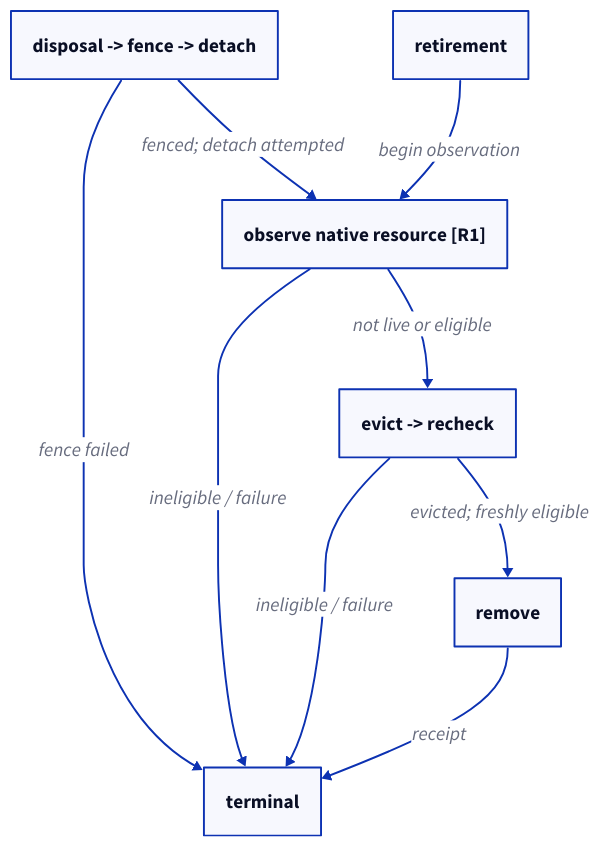
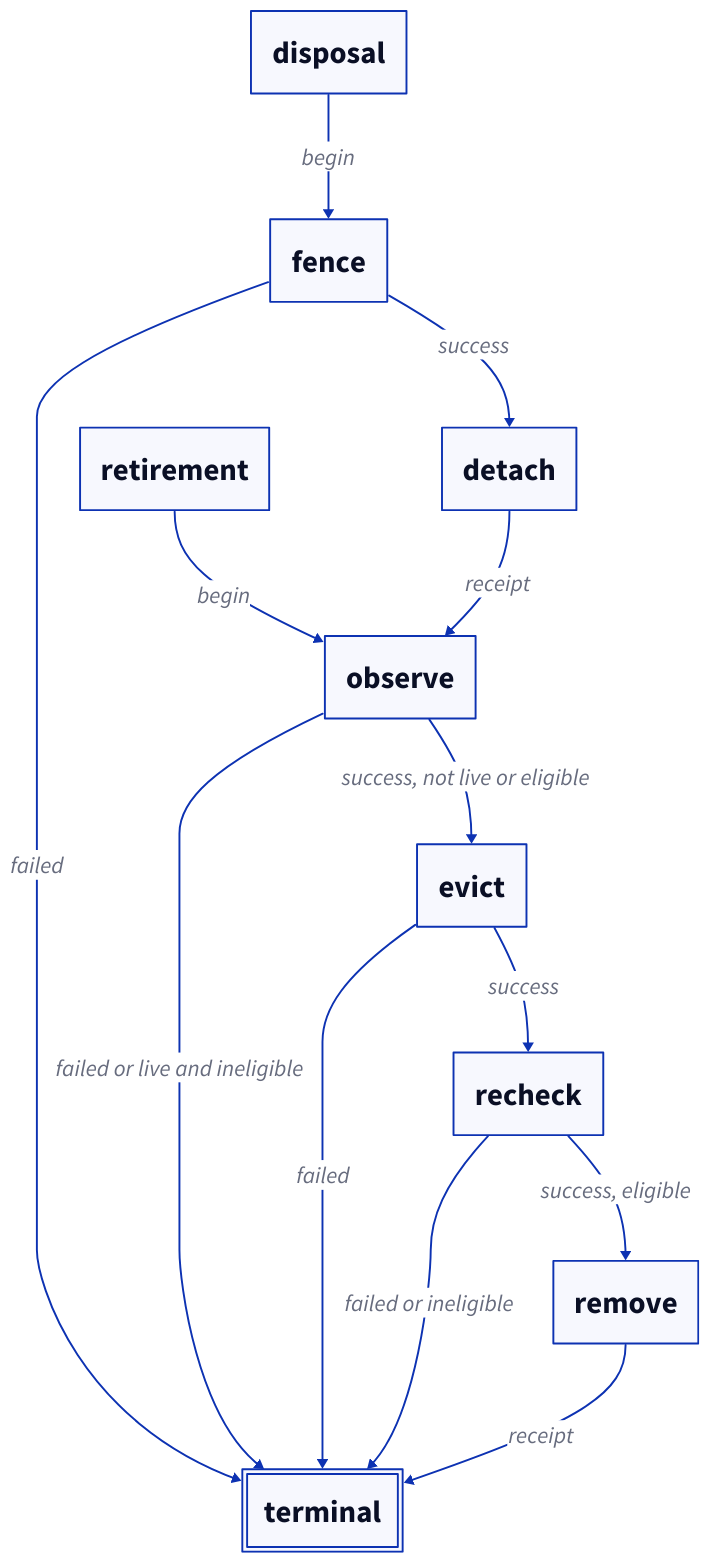
One commit to rei277hz/chromaticity changed the diagram in products/perceptual-grade-book/docs/book/diagrams/06-resources.d2. Above: the diagram before and after it, drawn with D2. The commit also changed 266 other files, not shown here.

```diff
--- a/products/perceptual-grade-book/docs/book/diagrams/06-resources.d2
+++ b/products/perceptual-grade-book/docs/book/diagrams/06-resources.d2
@@ -1,18 +1,29 @@
 direction: down
 
-disposal: "disposal -> fence -> detach"
-observe: "observe native resource [R1]"
-evict: "evict -> recheck"
+disposal: "disposal"
+retirement: "retirement"
+fence: "fence"
+detach: "detach"
+observe: "observe"
+evict: "evict"
+recheck: "recheck"
 remove: "remove"
-terminal: "terminal"
-disposal -> terminal: "fence failed"
-disposal -> observe: "fenced; detach attempted"
-retirement -> observe: "begin observation"
-observe -> evict: "not live or eligible"
-observe -> terminal: "ineligible / failure"
-evict -> remove: "evicted; freshly eligible"
-evict -> terminal: "ineligible / failure"
+terminal: "terminal" {
+  style.double-border: true
+}
+
+disposal -> fence: "begin"
+retirement -> observe: "begin"
+fence -> detach: "success"
+fence -> terminal: "failed"
+detach -> observe: "receipt"
+observe -> evict: "success, not live or eligible"
+observe -> terminal: "failed or live and ineligible"
+evict -> recheck: "success"
+evict -> terminal: "failed"
+recheck -> remove: "success, eligible"
+recheck -> terminal: "failed or ineligible"
 remove -> terminal: "receipt"
 
-**.style.font-size: 20
-(** -> **)[*].style.font-size: 20
+**.style.font-size: 32
+(** -> **)[*].style.font-size: 24
```
